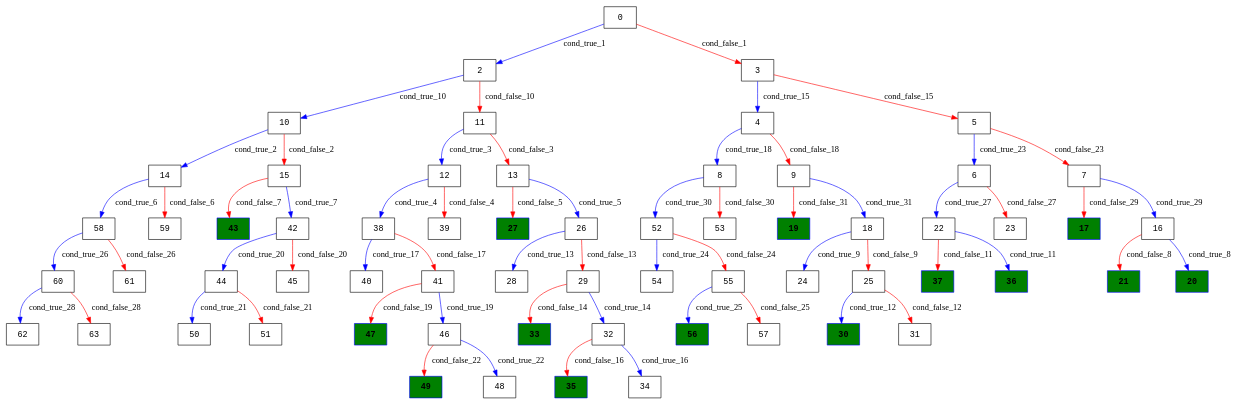
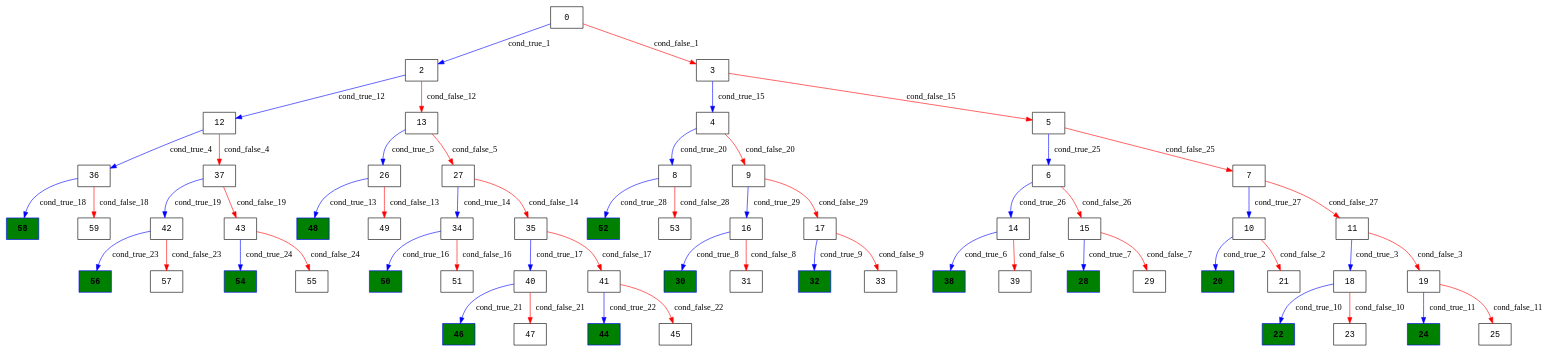
One commit to Research-Tools-PAVT/PSE-Program-Examples changed the diagram in klee_results/monotone_binary_int_all_processed/monotone_binary_int_all_execution_tree.dot. Above: the diagram before and after it, drawn with Graphviz. The commit also changed 84 other files, not shown here.

```diff
--- a/klee_results/monotone_binary_int_all_processed/monotone_binary_int_all_execution_tree.dot
+++ b/klee_results/monotone_binary_int_all_processed/monotone_binary_int_all_execution_tree.dot
@@ -1,79 +1,76 @@
 digraph ExecutionTree {
 	node [color=black fontname=Courier height=.5 shape=record]
+	58 [color=blue, fillcolor=green, style=filled, fontcolor=black, fontname="Courier-Bold"]
 	56 [color=blue, fillcolor=green, style=filled, fontcolor=black, fontname="Courier-Bold"]
-	49 [color=blue, fillcolor=green, style=filled, fontcolor=black, fontname="Courier-Bold"]
-	47 [color=blue, fillcolor=green, style=filled, fontcolor=black, fontname="Courier-Bold"]
-	43 [color=blue, fillcolor=green, style=filled, fontcolor=black, fontname="Courier-Bold"]
-	37 [color=blue, fillcolor=green, style=filled, fontcolor=black, fontname="Courier-Bold"]
-	36 [color=blue, fillcolor=green, style=filled, fontcolor=black, fontname="Courier-Bold"]
-	35 [color=blue, fillcolor=green, style=filled, fontcolor=black, fontname="Courier-Bold"]
-	33 [color=blue, fillcolor=green, style=filled, fontcolor=black, fontname="Courier-Bold"]
+	54 [color=blue, fillcolor=green, style=filled, fontcolor=black, fontname="Courier-Bold"]
+	52 [color=blue, fillcolor=green, style=filled, fontcolor=black, fontname="Courier-Bold"]
+	50 [color=blue, fillcolor=green, style=filled, fontcolor=black, fontname="Courier-Bold"]
+	48 [color=blue, fillcolor=green, style=filled, fontcolor=black, fontname="Courier-Bold"]
+	46 [color=blue, fillcolor=green, style=filled, fontcolor=black, fontname="Courier-Bold"]
+	44 [color=blue, fillcolor=green, style=filled, fontcolor=black, fontname="Courier-Bold"]
+	38 [color=blue, fillcolor=green, style=filled, fontcolor=black, fontname="Courier-Bold"]
+	32 [color=blue, fillcolor=green, style=filled, fontcolor=black, fontname="Courier-Bold"]
 	30 [color=blue, fillcolor=green, style=filled, fontcolor=black, fontname="Courier-Bold"]
-	27 [color=blue, fillcolor=green, style=filled, fontcolor=black, fontname="Courier-Bold"]
-	21 [color=blue, fillcolor=green, style=filled, fontcolor=black, fontname="Courier-Bold"]
+	28 [color=blue, fillcolor=green, style=filled, fontcolor=black, fontname="Courier-Bold"]
+	24 [color=blue, fillcolor=green, style=filled, fontcolor=black, fontname="Courier-Bold"]
+	22 [color=blue, fillcolor=green, style=filled, fontcolor=black, fontname="Courier-Bold"]
 	20 [color=blue, fillcolor=green, style=filled, fontcolor=black, fontname="Courier-Bold"]
-	19 [color=blue, fillcolor=green, style=filled, fontcolor=black, fontname="Courier-Bold"]
-	17 [color=blue, fillcolor=green, style=filled, fontcolor=black, fontname="Courier-Bold"]
 	0 -> 2 [label=cond_true_1 color=blue]
 	0 -> 3 [label=cond_false_1 color=red]
-	2 -> 10 [label=cond_true_10 color=blue]
-	2 -> 11 [label=cond_false_10 color=red]
+	2 -> 12 [label=cond_true_12 color=blue]
+	2 -> 13 [label=cond_false_12 color=red]
 	3 -> 4 [label=cond_true_15 color=blue]
 	3 -> 5 [label=cond_false_15 color=red]
-	10 -> 14 [label=cond_true_2 color=blue]
-	10 -> 15 [label=cond_false_2 color=red]
-	14 -> 58 [label=cond_true_6 color=blue]
-	14 -> 59 [label=cond_false_6 color=red]
-	15 -> 42 [label=cond_true_7 color=blue]
-	15 -> 43 [label=cond_false_7 color=red]
-	11 -> 12 [label=cond_true_3 color=blue]
-	11 -> 13 [label=cond_false_3 color=red]
-	12 -> 38 [label=cond_true_4 color=blue]
-	12 -> 39 [label=cond_false_4 color=red]
+	10 -> 20 [label=cond_true_2 color=blue]
+	10 -> 21 [label=cond_false_2 color=red]
+	11 -> 18 [label=cond_true_3 color=blue]
+	11 -> 19 [label=cond_false_3 color=red]
+	18 -> 22 [label=cond_true_10 color=blue]
+	18 -> 23 [label=cond_false_10 color=red]
+	19 -> 24 [label=cond_true_11 color=blue]
+	19 -> 25 [label=cond_false_11 color=red]
+	12 -> 36 [label=cond_true_4 color=blue]
+	12 -> 37 [label=cond_false_4 color=red]
+	36 -> 58 [label=cond_true_18 color=blue]
+	36 -> 59 [label=cond_false_18 color=red]
+	37 -> 42 [label=cond_true_19 color=blue]
+	37 -> 43 [label=cond_false_19 color=red]
 	13 -> 26 [label=cond_true_5 color=blue]
 	13 -> 27 [label=cond_false_5 color=red]
-	38 -> 40 [label=cond_true_17 color=blue]
-	38 -> 41 [label=cond_false_17 color=red]
-	26 -> 28 [label=cond_true_13 color=blue]
-	26 -> 29 [label=cond_false_13 color=red]
-	58 -> 60 [label=cond_true_26 color=blue]
-	58 -> 61 [label=cond_false_26 color=red]
-	42 -> 44 [label=cond_true_20 color=blue]
-	42 -> 45 [label=cond_false_20 color=red]
-	16 -> 20 [label=cond_true_8 color=blue]
-	16 -> 21 [label=cond_false_8 color=red]
-	18 -> 24 [label=cond_true_9 color=blue]
-	18 -> 25 [label=cond_false_9 color=red]
-	25 -> 30 [label=cond_true_12 color=blue]
-	25 -> 31 [label=cond_false_12 color=red]
-	22 -> 36 [label=cond_true_11 color=blue]
-	22 -> 37 [label=cond_false_11 color=red]
-	29 -> 32 [label=cond_true_14 color=blue]
-	29 -> 33 [label=cond_false_14 color=red]
-	32 -> 34 [label=cond_true_16 color=blue]
-	32 -> 35 [label=cond_false_16 color=red]
-	4 -> 8 [label=cond_true_18 color=blue]
-	4 -> 9 [label=cond_false_18 color=red]
-	5 -> 6 [label=cond_true_23 color=blue]
-	5 -> 7 [label=cond_false_23 color=red]
-	41 -> 46 [label=cond_true_19 color=blue]
-	41 -> 47 [label=cond_false_19 color=red]
-	8 -> 52 [label=cond_true_30 color=blue]
-	8 -> 53 [label=cond_false_30 color=red]
-	9 -> 18 [label=cond_true_31 color=blue]
-	9 -> 19 [label=cond_false_31 color=red]
-	46 -> 48 [label=cond_true_22 color=blue]
-	46 -> 49 [label=cond_false_22 color=red]
-	44 -> 50 [label=cond_true_21 color=blue]
-	44 -> 51 [label=cond_false_21 color=red]
-	6 -> 22 [label=cond_true_27 color=blue]
-	6 -> 23 [label=cond_false_27 color=red]
-	7 -> 16 [label=cond_true_29 color=blue]
-	7 -> 17 [label=cond_false_29 color=red]
-	52 -> 54 [label=cond_true_24 color=blue]
-	52 -> 55 [label=cond_false_24 color=red]
-	55 -> 56 [label=cond_true_25 color=blue]
-	55 -> 57 [label=cond_false_25 color=red]
-	60 -> 62 [label=cond_true_28 color=blue]
-	60 -> 63 [label=cond_false_28 color=red]
+	26 -> 48 [label=cond_true_13 color=blue]
+	26 -> 49 [label=cond_false_13 color=red]
+	27 -> 34 [label=cond_true_14 color=blue]
+	27 -> 35 [label=cond_false_14 color=red]
+	14 -> 38 [label=cond_true_6 color=blue]
+	14 -> 39 [label=cond_false_6 color=red]
+	15 -> 28 [label=cond_true_7 color=blue]
+	15 -> 29 [label=cond_false_7 color=red]
+	16 -> 30 [label=cond_true_8 color=blue]
+	16 -> 31 [label=cond_false_8 color=red]
+	17 -> 32 [label=cond_true_9 color=blue]
+	17 -> 33 [label=cond_false_9 color=red]
+	34 -> 50 [label=cond_true_16 color=blue]
+	34 -> 51 [label=cond_false_16 color=red]
+	35 -> 40 [label=cond_true_17 color=blue]
+	35 -> 41 [label=cond_false_17 color=red]
+	4 -> 8 [label=cond_true_20 color=blue]
+	4 -> 9 [label=cond_false_20 color=red]
+	5 -> 6 [label=cond_true_25 color=blue]
+	5 -> 7 [label=cond_false_25 color=red]
+	40 -> 46 [label=cond_true_21 color=blue]
+	40 -> 47 [label=cond_false_21 color=red]
+	41 -> 44 [label=cond_true_22 color=blue]
+	41 -> 45 [label=cond_false_22 color=red]
+	42 -> 56 [label=cond_true_23 color=blue]
+	42 -> 57 [label=cond_false_23 color=red]
+	43 -> 54 [label=cond_true_24 color=blue]
+	43 -> 55 [label=cond_false_24 color=red]
+	8 -> 52 [label=cond_true_28 color=blue]
+	8 -> 53 [label=cond_false_28 color=red]
+	9 -> 16 [label=cond_true_29 color=blue]
+	9 -> 17 [label=cond_false_29 color=red]
+	6 -> 14 [label=cond_true_26 color=blue]
+	6 -> 15 [label=cond_false_26 color=red]
+	7 -> 10 [label=cond_true_27 color=blue]
+	7 -> 11 [label=cond_false_27 color=red]
 }
```
